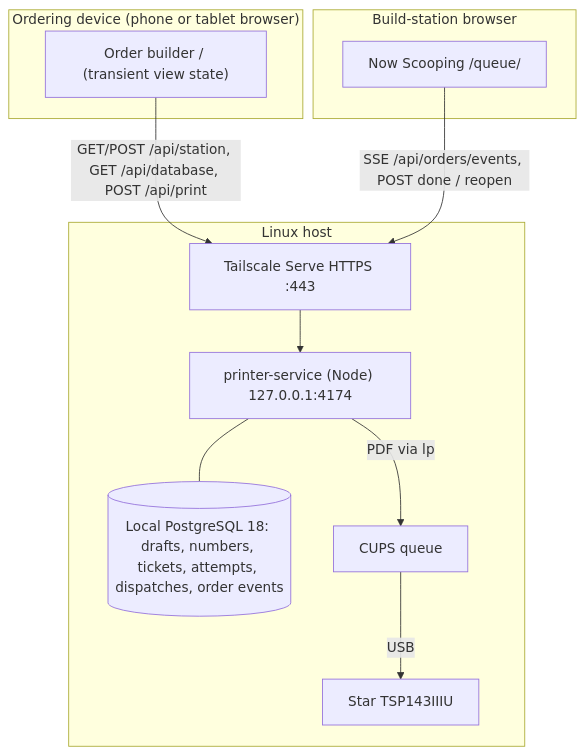
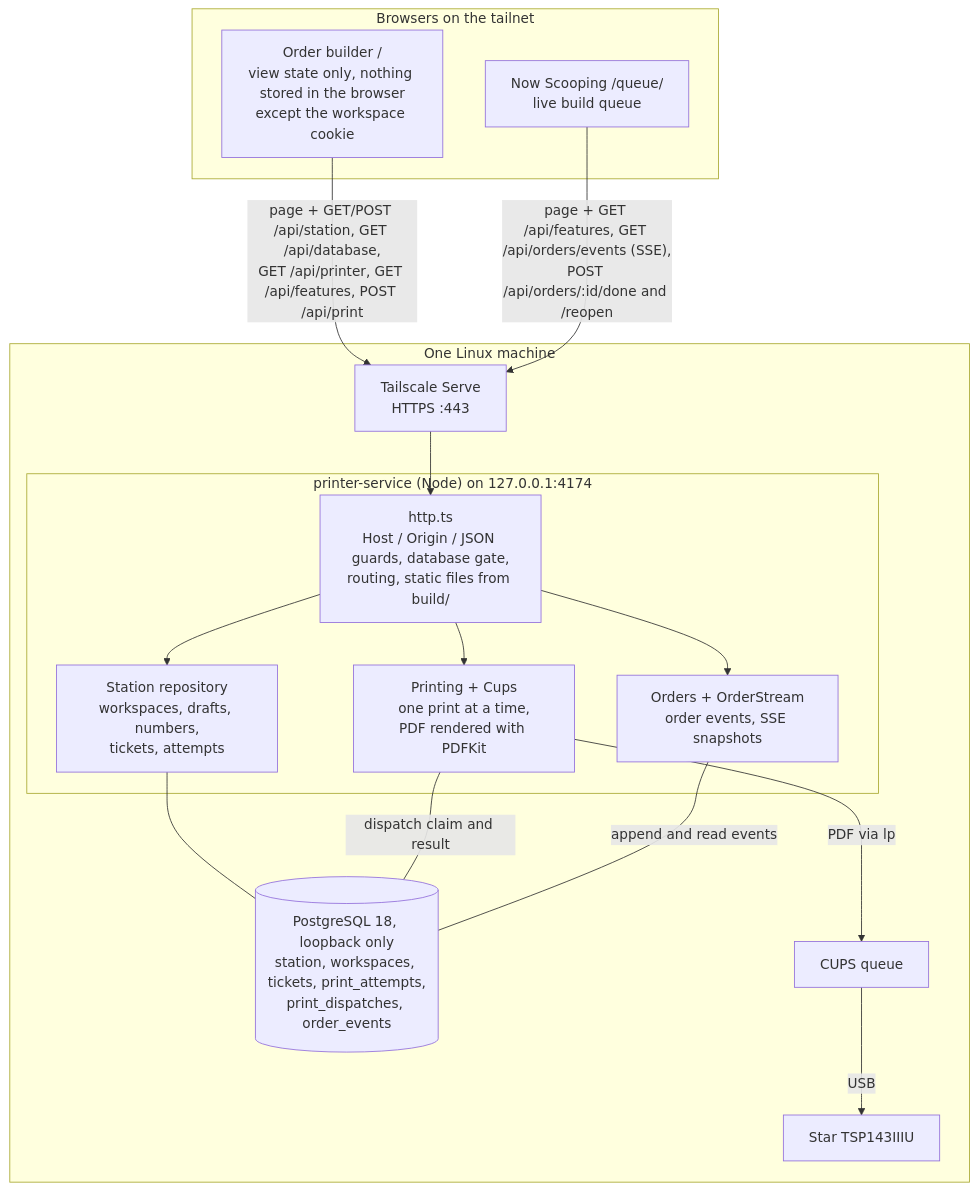
Before and after one commit to castab/event-order-pad: the first of 2 diagrams in README.md, drawn with Mermaid. The commit also changed other lines of this file and 5 other files, not shown here.

````diff
--- a/README.md
+++ b/README.md
@@ -11,16 +11,30 @@
 ```mermaid
 flowchart TB
-  subgraph Ordering["Ordering device (phone or tablet browser)"]
-    B["Order builder / (transient view state)"]
+  subgraph Devices["Browsers on the tailnet"]
+    B["Order builder /<br/>view state only, nothing stored in the browser<br/>except the workspace cookie"]
+    Q["Now Scooping /queue/<br/>live build queue"]
   end
-  subgraph Station["Build-station browser"]
-    Q["Now Scooping /queue/"]
+  subgraph Host["One Linux machine"]
+    TS["Tailscale Serve<br/>HTTPS :443"]
+    subgraph Svc["printer-service (Node) on 127.0.0.1:4174"]
+      H["http.ts<br/>Host / Origin / JSON guards, database gate,<br/>routing, static files from build/"]
+      SR["Station repository<br/>workspaces, drafts, numbers,<br/>tickets, attempts"]
+      PR["Printing + Cups<br/>one print at a time,<br/>PDF rendered with PDFKit"]
+      OR["Orders + OrderStream<br/>order events, SSE snapshots"]
+    end
+    DB[("PostgreSQL 18, loopback only<br/>station, workspaces, tickets, print_attempts,<br/>print_dispatches, order_events")]
+    C["CUPS queue"]
+    P["Star TSP143IIIU"]
   end
-  subgraph Host["Linux host"]
-    TS["Tailscale Serve HTTPS :443"] --> S["printer-service (Node) 127.0.0.1:4174"]
-    S --- DB[("Local PostgreSQL 18: drafts, numbers, tickets, attempts, dispatches, order events")]
-    S -- "PDF via lp" --> C["CUPS queue"] -- USB --> P["Star TSP143IIIU"]
-  end
-  B -- "GET/POST /api/station, GET /api/database, POST /api/print" --> TS
-  Q -- "SSE /api/orders/events, POST done / reopen" --> TS
+  B -- "page + GET/POST /api/station, GET /api/database,<br/>GET /api/printer, GET /api/features, POST /api/print" --> TS
+  Q -- "page + GET /api/features, GET /api/orders/events (SSE),<br/>POST /api/orders/:id/done and /reopen" --> TS
+  TS --> H
+  H --> SR
+  H --> PR
+  H --> OR
+  SR --- DB
+  PR -- "dispatch claim and result" --- DB
+  OR -- "append and read events" --- DB
+  PR -- "PDF via lp" --> C
+  C -- USB --> P
 ```
````
